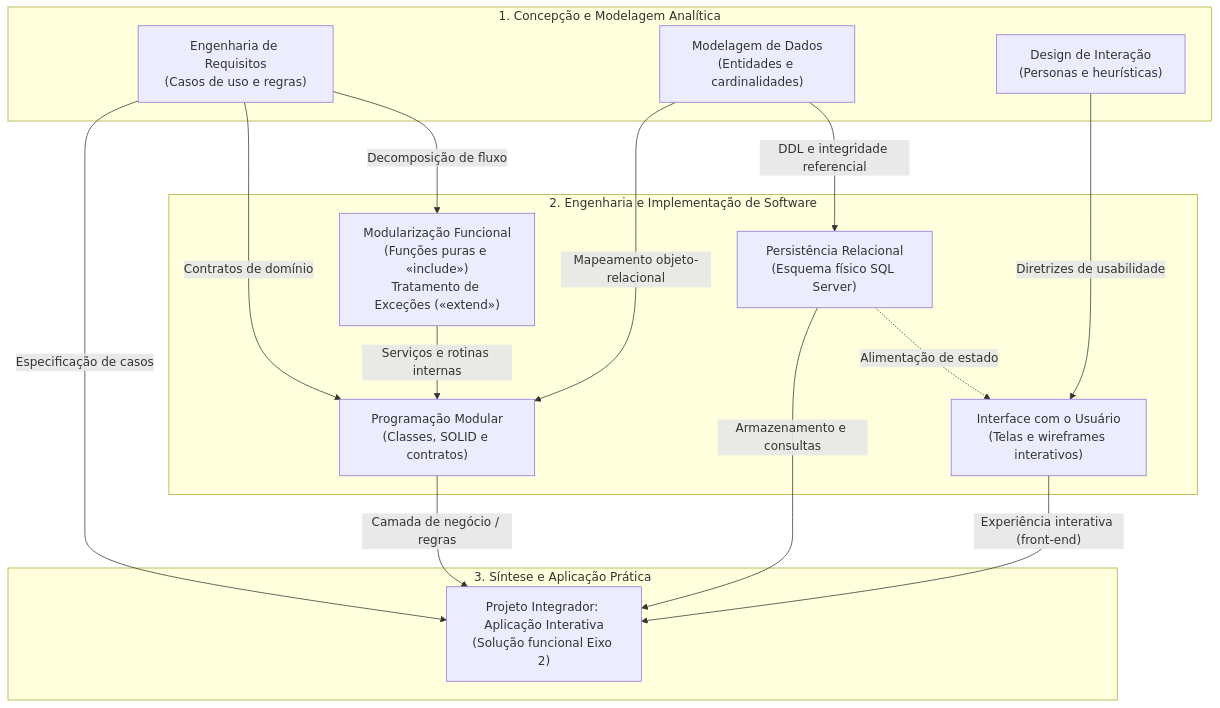
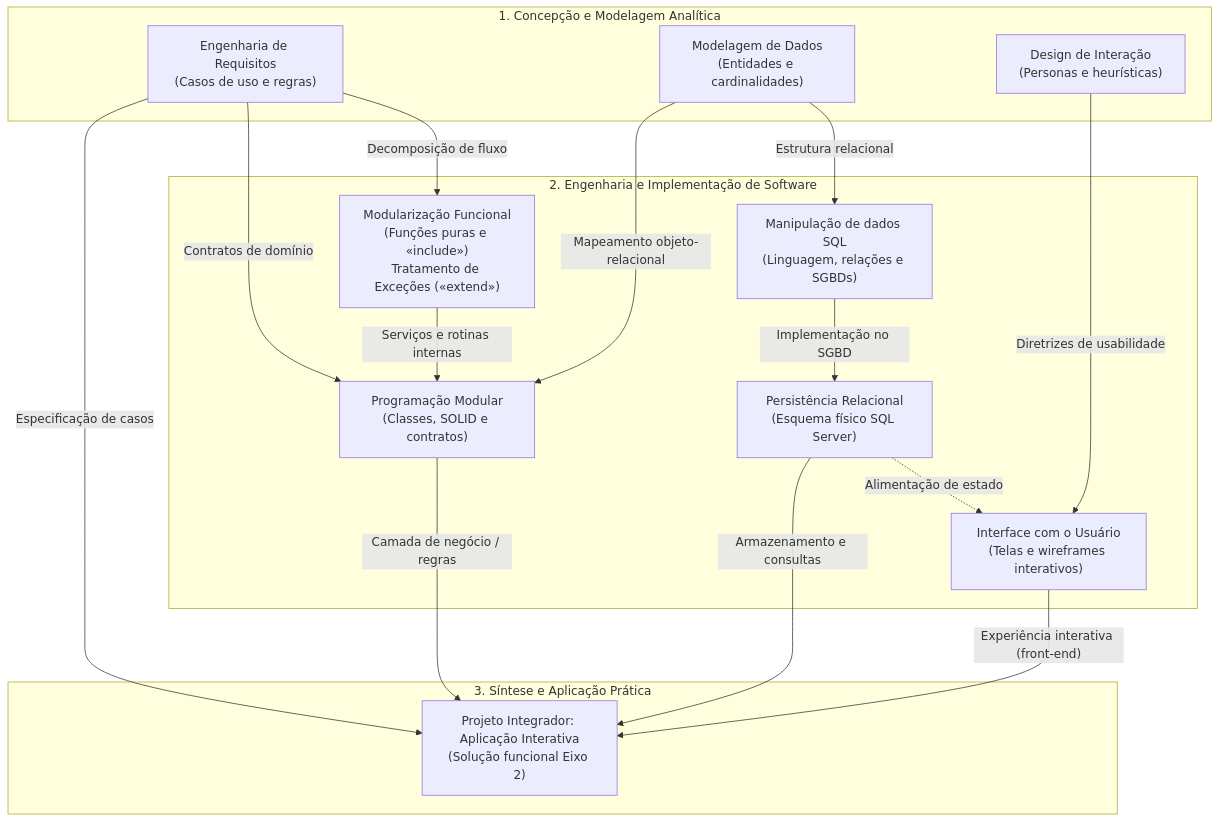
Before and after one commit to leorruas/puc: the first of 3 diagrams in 00. Geral/Mapa de aprendizagem do semestre.md, drawn with Mermaid. The commit also changed other lines of this file, not shown here.

Commit message:
Atualiza início dos estudos de SQL no mapa de aprendizagem

````diff
--- a/00. Geral/Mapa de aprendizagem do semestre.md
+++ b/00. Geral/Mapa de aprendizagem do semestre.md
@@ -68,34 +68,36 @@
 ```mermaid
 flowchart TD
     subgraph S1 ["1. Concepção e Modelagem Analítica"]
         Req["Engenharia de Requisitos<br>(Casos de uso e regras)"]:::core
         MER["Modelagem de Dados<br>(Entidades e cardinalidades)"]:::data
         IHC["Design de Interação<br>(Personas e heurísticas)"]:::component
     end
 
     subgraph S2 ["2. Engenharia e Implementação de Software"]
         POO["Programação Modular<br>(Classes, SOLID e contratos)"]:::core
         SubRot["Modularização Funcional<br>(Funções puras e «include»)<br>Tratamento de Exceções («extend»)"]:::component
+        SQLFund["Manipulação de dados SQL<br>(Linguagem, relações e SGBDs)"]:::data
         BDProj["Persistência Relacional<br>(Esquema físico SQL Server)"]:::data
         UIProj["Interface com o Usuário<br>(Telas e wireframes interativos)"]:::component
     end
 
     subgraph S3 ["3. Síntese e Aplicação Prática"]
         Proj["Projeto Integrador: Aplicação Interativa<br>(Solução funcional Eixo 2)"]:::core
     end
 
     Req -->|"Especificação de casos"| Proj
     Req -->|"Contratos de domínio"| POO
     Req -->|"Decomposição de fluxo"| SubRot
 
     MER -->|"Mapeamento objeto-relacional"| POO
-    MER -->|"DDL e integridade referencial"| BDProj
+    MER -->|"Estrutura relacional"| SQLFund
+    SQLFund -->|"Implementação no SGBD"| BDProj
 
     IHC -->|"Diretrizes de usabilidade"| UIProj
 
     POO -->|"Camada de negócio / regras"| Proj
     SubRot -->|"Serviços e rotinas internas"| POO
     BDProj -->|"Armazenamento e consultas"| Proj
     UIProj -->|"Experiência interativa (front-end)"| Proj
     BDProj -.->|"Alimentação de estado"| UIProj
 ```
````
